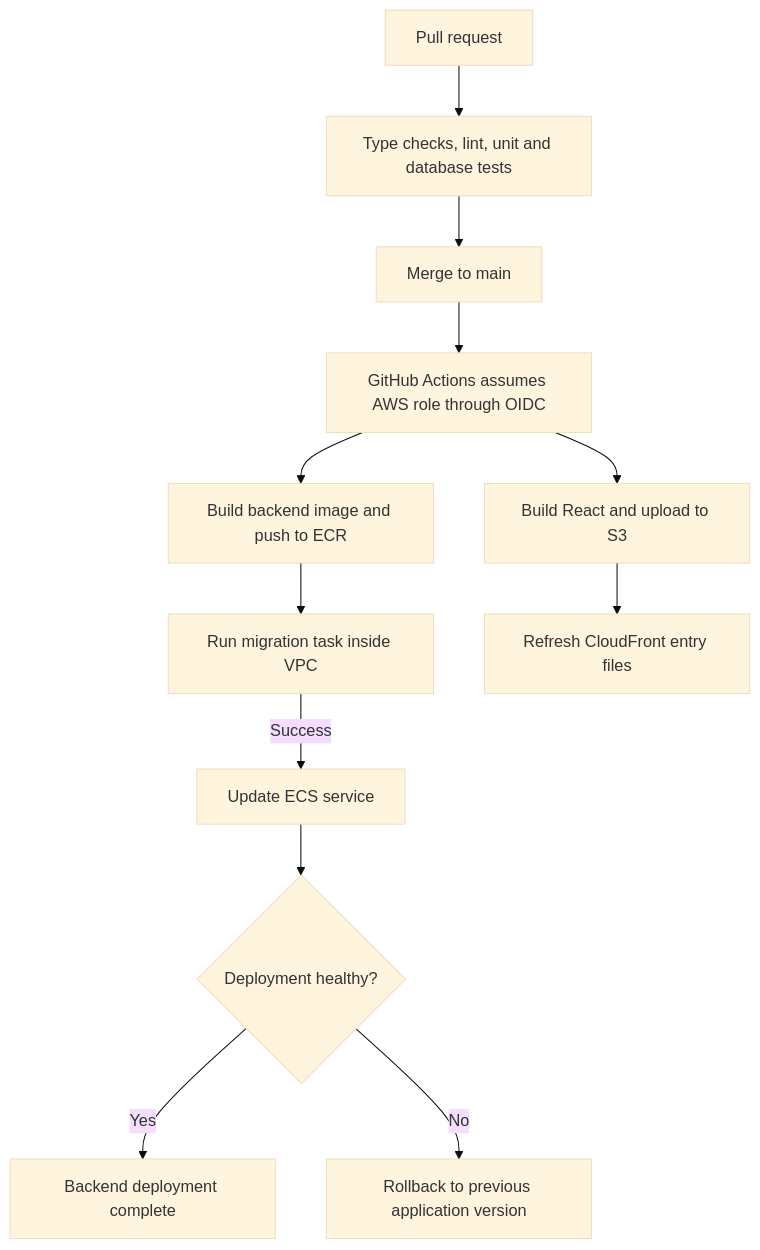
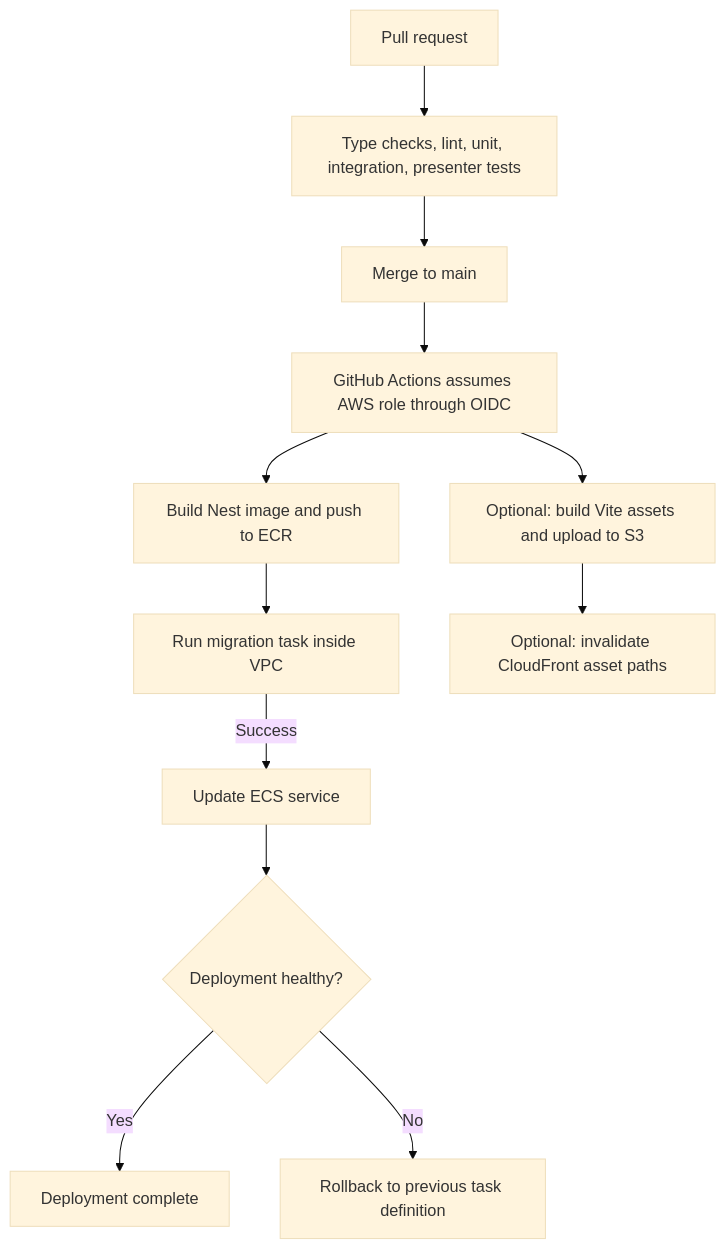
One commit to murasakijyuutann/University_library_app changed the second of 2 diagrams in docs/aws-cloud-infrastructure-plan.md. Above: the diagram before and after it, drawn with Mermaid (base theme). The commit also changed other lines of this file and 7 other files, not shown here.

````diff
--- a/docs/aws-cloud-infrastructure-plan.md
+++ b/docs/aws-cloud-infrastructure-plan.md
@@ -167,21 +162,21 @@
 ```mermaid
 flowchart TD
     PR["Pull request"]
-    Tests["Type checks, lint, unit and database tests"]
+    Tests["Type checks, lint, unit, integration, presenter tests"]
     Merge["Merge to main"]
     Auth["GitHub Actions assumes AWS role through OIDC"]
 
     PR --> Tests
     Tests --> Merge
     Merge --> Auth
 
-    Auth --> Image["Build backend image and push to ECR"]
+    Auth --> Image["Build Nest image and push to ECR"]
     Image --> Migration["Run migration task inside VPC"]
     Migration -->|"Success"| Deploy["Update ECS service"]
     Deploy --> Health{"Deployment healthy?"}
-    Health -->|"Yes"| Complete["Backend deployment complete"]
-    Health -->|"No"| Rollback["Rollback to previous application version"]
+    Health -->|"Yes"| Complete["Deployment complete"]
+    Health -->|"No"| Rollback["Rollback to previous task definition"]
 
-    Auth --> Frontend["Build React and upload to S3"]
-    Frontend --> CDN["Refresh CloudFront entry files"]
+    Auth --> Assets["Optional: build Vite assets and upload to S3"]
+    Assets --> CDN["Optional: invalidate CloudFront asset paths"]
 ```
````
